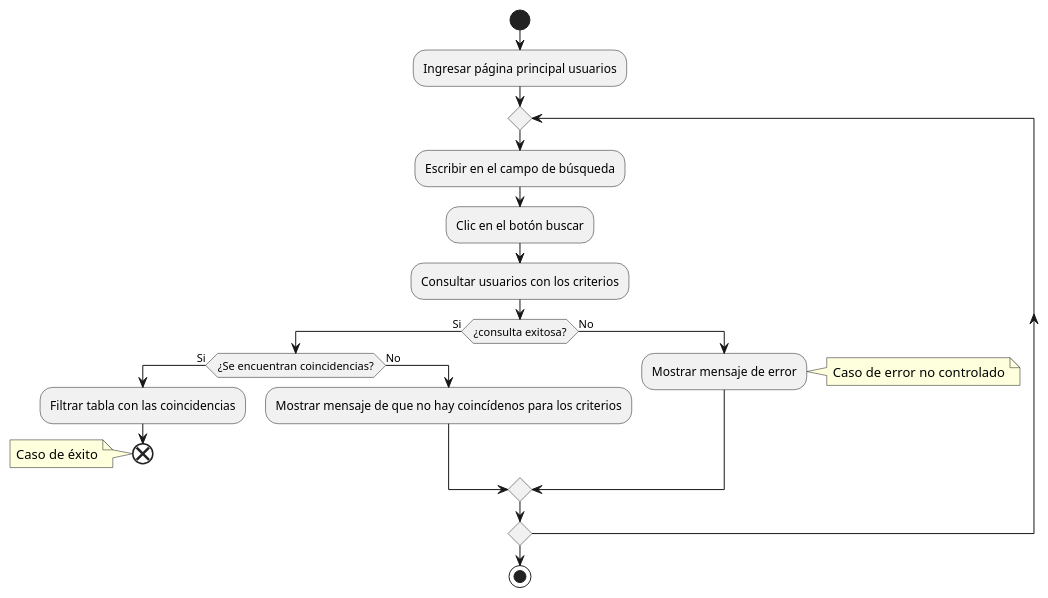
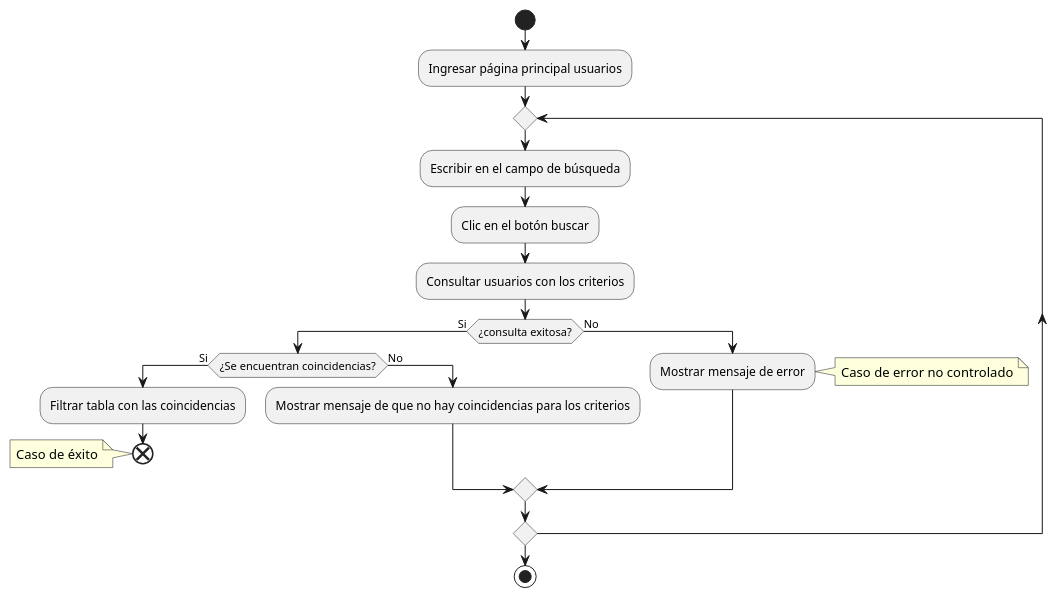
The diagram in UML/Actividad/Users/searchUser.puml (an-tet/store), drawn with PlantUML before and after one commit. The commit also changed other lines of this file, not shown here.

Commit message:
Orthography correction in searchUser.puml

```diff
--- a/UML/Actividad/Users/searchUser.puml
+++ b/UML/Actividad/Users/searchUser.puml
@@ -1,26 +1,26 @@
 @startuml
 start
     :Ingresar página principal usuarios;
     repeat
         :Escribir en el campo de búsqueda;
         :Clic en el botón buscar;
         :Consultar usuarios con los criterios;
         if (¿consulta exitosa?) is (Si) then
             if (¿Se encuentran coincidencias?) is (Si) then
                 :Filtrar tabla con las coincidencias;
                 end
                 note
                   Caso de éxito
                 end note
             else (No)
-                :Mostrar mensaje de que no hay coincídenos para los criterios;
+                :Mostrar mensaje de que no hay coincidencias para los criterios;
             endif
         else (No)
             :Mostrar mensaje de error;
             note right
               Caso de error no controlado
             end note
         endif
     repeat while()
 stop
 @enduml
```
